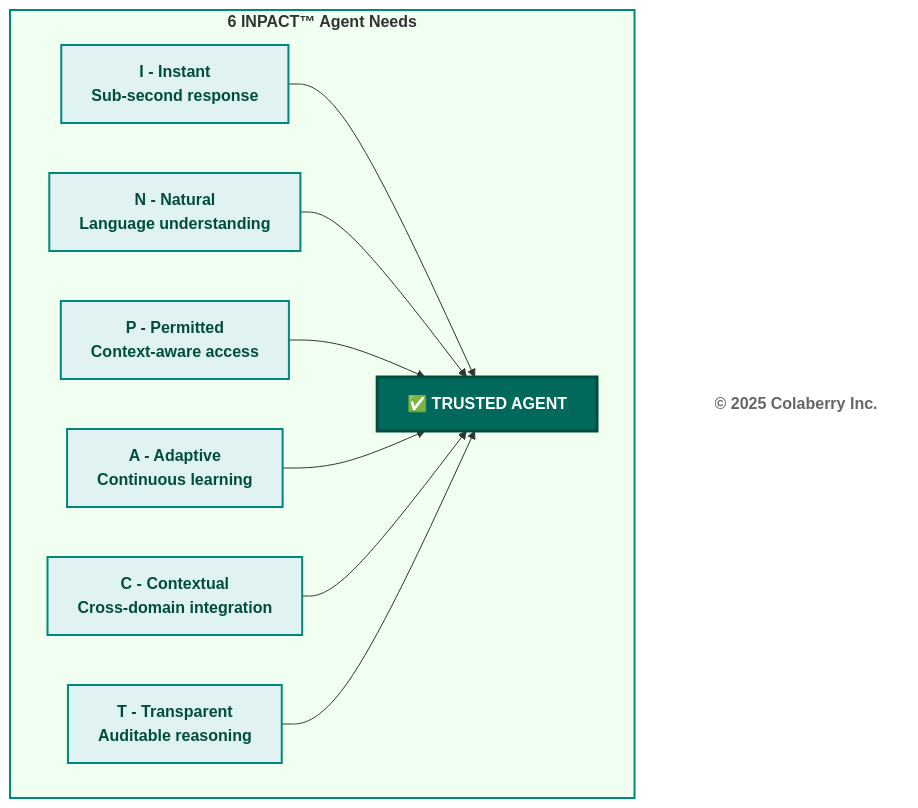
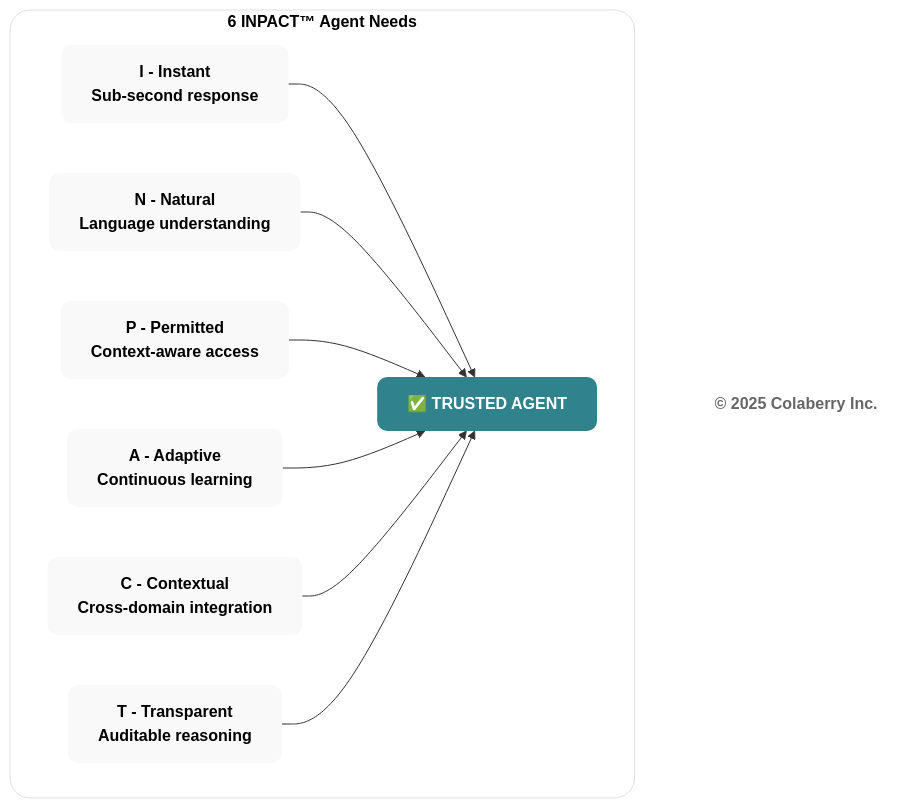
One commit to saitejesh-cyber/trust-before-intelligence-book changed the third of 4 diagrams in manuscript/01_chapter_0_trust_before_intelligence.md. Above: the diagram before and after it, drawn with Mermaid. The commit also changed other lines of this file and 4 other files, not shown here.

Commit message:
Chapter 1to5: Updated mermaid diagrams based on new colaberry color code

````diff
--- a/manuscript/01_chapter_0_trust_before_intelligence.md
+++ b/manuscript/01_chapter_0_trust_before_intelligence.md
@@ -228,32 +229,32 @@
 ```mermaid
 graph TB
     subgraph HITL["<b>6 INPACT™ Agent Needs</b>"]
         I["<b>I - Instant</b><br/><b>Sub-second response</b>"]
         N["<b>N - Natural</b><br/><b>Language understanding</b>"]
         P["<b>P - Permitted</b><br/><b>Context-aware access</b>"]
         A["<b>A - Adaptive</b><br/><b>Continuous learning</b>"]
         C["<b>C - Contextual</b><br/><b>Cross-domain integration</b>"]
         T["<b>T - Transparent</b><br/><b>Auditable reasoning</b>"]
         
         Trust["<b>✅ TRUSTED AGENT</b>"]
     end
     
     I --> Trust
     N --> Trust
     P --> Trust
     A --> Trust
     C --> Trust
     T --> Trust
     
     Copyright["<b>© 2025 Colaberry Inc.</b>"]
     
-    style HITL fill:#f0fff0,stroke:#00897b,stroke-width:2px
-    style I fill:#e0f2f1,stroke:#00897b,stroke-width:2px,color:#004d40
-    style N fill:#e0f2f1,stroke:#00897b,stroke-width:2px,color:#004d40
-    style P fill:#e0f2f1,stroke:#00897b,stroke-width:2px,color:#004d40
-    style A fill:#e0f2f1,stroke:#00897b,stroke-width:2px,color:#004d40
-    style C fill:#e0f2f1,stroke:#00897b,stroke-width:2px,color:#004d40
-    style T fill:#e0f2f1,stroke:#00897b,stroke-width:2px,color:#004d40
-    style Trust fill:#00695c,color:#ffffff,stroke:#004d40,stroke-width:3px
-    style Copyright fill:#ffffff,stroke:none,color:#666666
+    style HITL fill:#ffffff,stroke:#e0e0e0,stroke-width:1px,color:#000000,rx:20,ry:20
+    style I fill:#f9f9f9,stroke:none,color:#000000,rx:10,ry:10
+    style N fill:#f9f9f9,stroke:none,color:#000000,rx:10,ry:10
+    style P fill:#f9f9f9,stroke:none,color:#000000,rx:10,ry:10
+    style A fill:#f9f9f9,stroke:none,color:#000000,rx:10,ry:10
+    style C fill:#f9f9f9,stroke:none,color:#000000,rx:10,ry:10
+    style T fill:#f9f9f9,stroke:none,color:#000000,rx:10,ry:10
+    style Trust fill:#30838C,stroke:none,color:#ffffff,rx:10,ry:10
+    style Copyright fill:none,stroke:none,color:#666666
 ```
````
